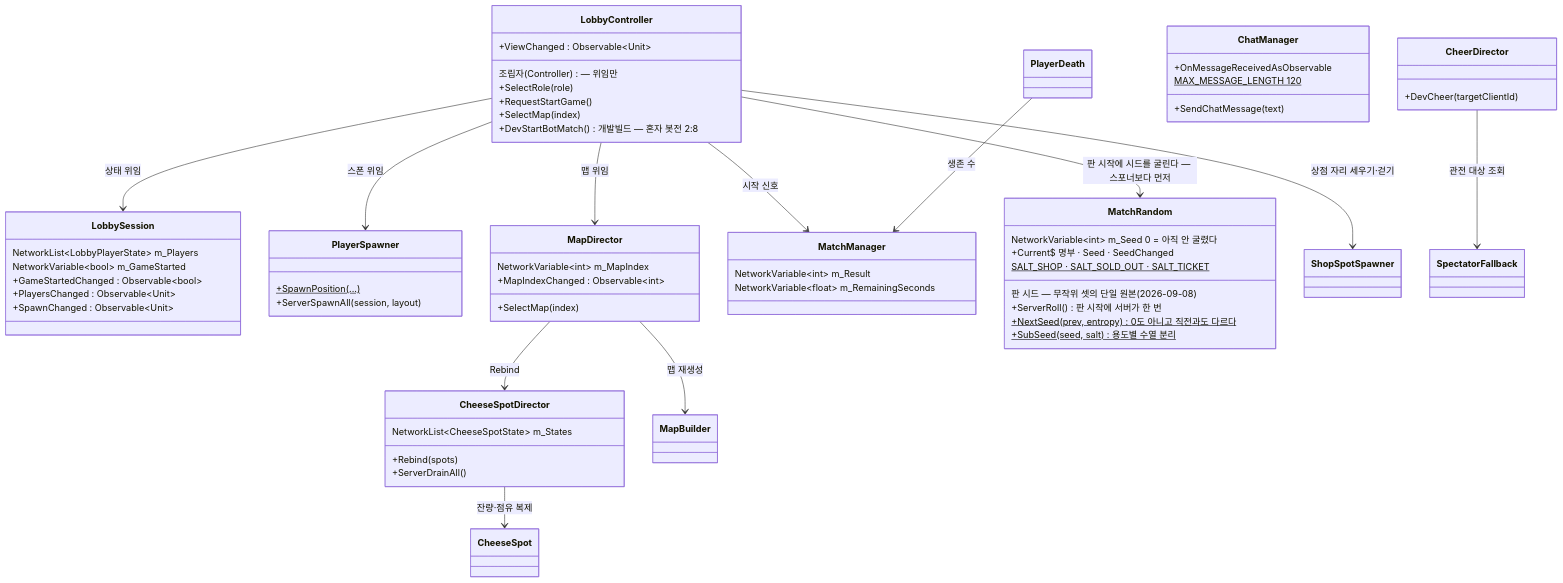
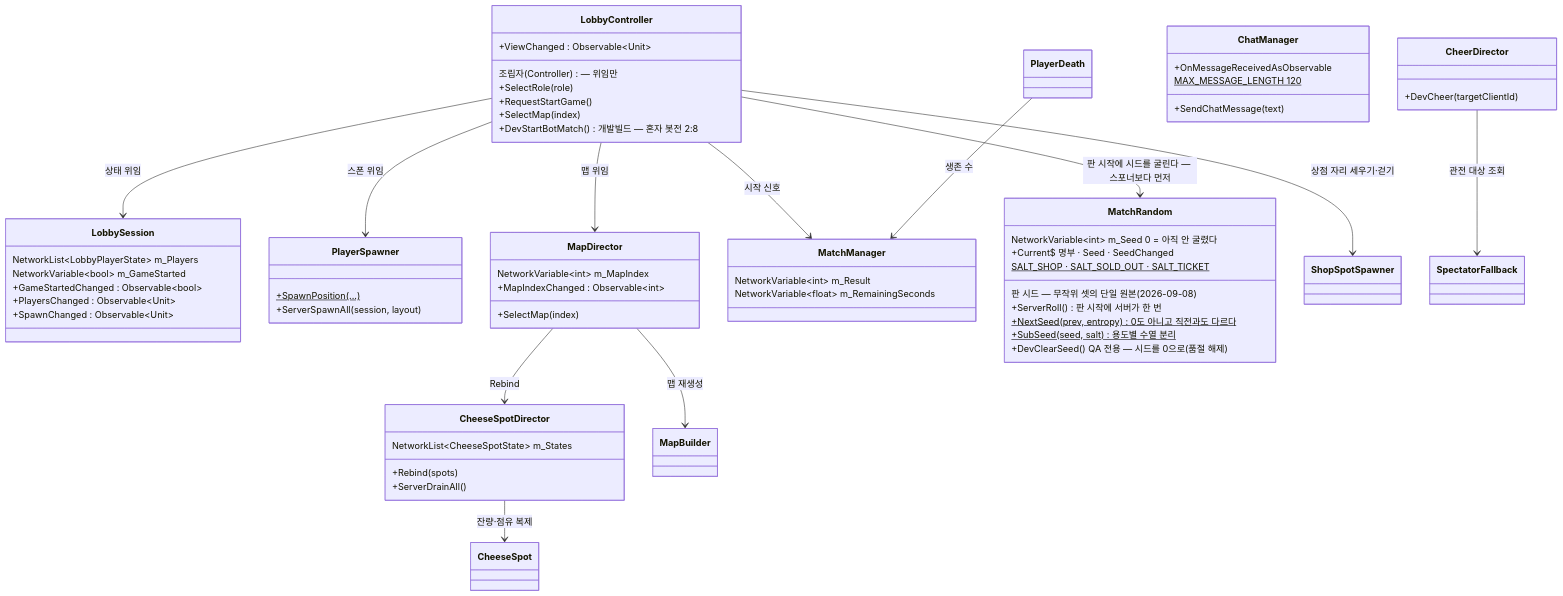
Diagram 19 of 42 in CTC/docs/design-vault/코드 다이어그램.md (JeahanPark/The-Cheese-Thief-and-the-Cat), drawn with Mermaid before and after one commit. The commit also changed other lines of this file and 6 other files, not shown here.

First line of the commit message:
test(tech): QA 훅 3 + qa_v50(판 셋 비교) · 품절이 막던 v46·v47 복구 · 다이어그램

````diff
--- a/CTC/docs/design-vault/코드 다이어그램.md
+++ b/CTC/docs/design-vault/코드 다이어그램.md
@@ -664,67 +664,68 @@
 ```mermaid
 classDiagram
     direction TB
 
     class LobbyController {
         조립자(Controller) — 위임만
         +SelectRole(role)
         +RequestStartGame()
         +SelectMap(index)
         +DevStartBotMatch() 개발빌드 — 혼자 봇전 2:8
         +ViewChanged : Observable~Unit~
     }
     class LobbySession {
         NetworkList~LobbyPlayerState~ m_Players
         NetworkVariable~bool~ m_GameStarted
         +GameStartedChanged : Observable~bool~
         +PlayersChanged : Observable~Unit~
         +SpawnChanged : Observable~Unit~
     }
     class PlayerSpawner {
         +SpawnPosition(...)$
         +ServerSpawnAll(session, layout)
     }
     class MapDirector {
         NetworkVariable~int~ m_MapIndex
         +SelectMap(index)
         +MapIndexChanged : Observable~int~
     }
     class MatchManager {
         NetworkVariable~int~ m_Result
         NetworkVariable~float~ m_RemainingSeconds
     }
     class MatchRandom {
         판 시드 — 무작위 셋의 단일 원본 (2026-09-08)
         NetworkVariable~int~ m_Seed  0 = 아직 안 굴렸다
         +Current$ 명부 · Seed · SeedChanged
         +ServerRoll() 판 시작에 서버가 한 번
         +NextSeed(prev, entropy)$ 0도 아니고 직전과도 다르다
         +SubSeed(seed, salt)$ 용도별 수열 분리
         SALT_SHOP · SALT_SOLD_OUT · SALT_TICKET$
+        +DevClearSeed() QA 전용 — 시드를 0으로(품절 해제)
     }
     class CheeseSpotDirector {
         NetworkList~CheeseSpotState~ m_States
         +Rebind(spots)
         +ServerDrainAll()
     }
     class CheerDirector {
         +DevCheer(targetClientId)
     }
     class ChatManager {
         +SendChatMessage(text)
         +OnMessageReceivedAsObservable
         MAX_MESSAGE_LENGTH 120$
     }
 
     LobbyController --> LobbySession : 상태 위임
     LobbyController --> PlayerSpawner : 스폰 위임
     LobbyController --> MapDirector : 맵 위임
     LobbyController --> MatchManager : 시작 신호
     LobbyController --> MatchRandom : 판 시작에 시드를 굴린다 — 스포너보다 먼저
     LobbyController --> ShopSpotSpawner : 상점 자리 세우기·걷기
     MapDirector --> MapBuilder : 맵 재생성
     MapDirector --> CheeseSpotDirector : Rebind
     CheeseSpotDirector --> CheeseSpot : 잔량·점유 복제
     PlayerDeath --> MatchManager : 생존 수
     CheerDirector --> SpectatorFallback : 관전 대상 조회
 ```
````
